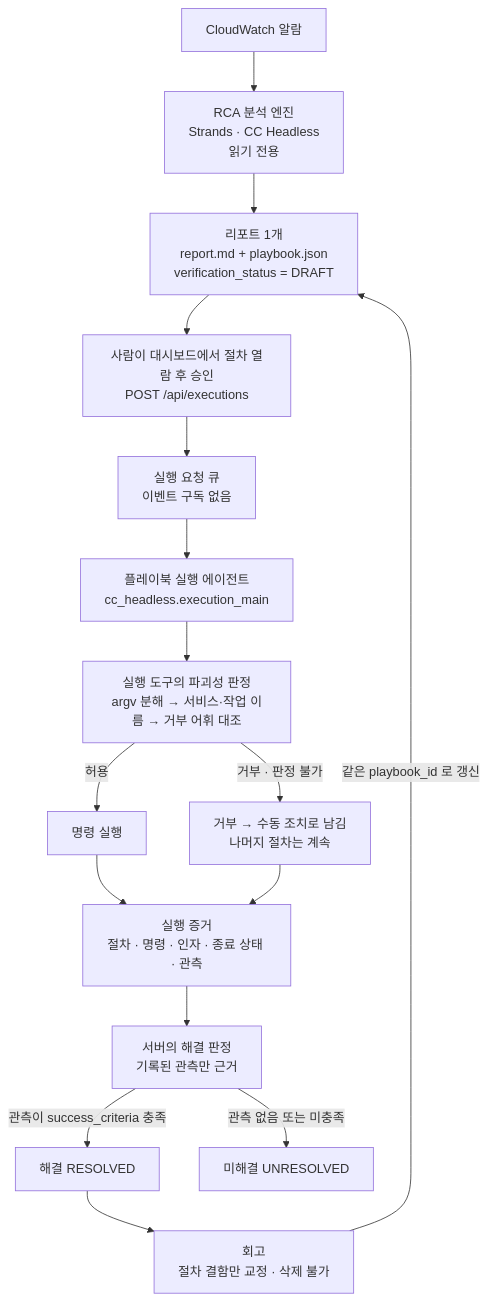
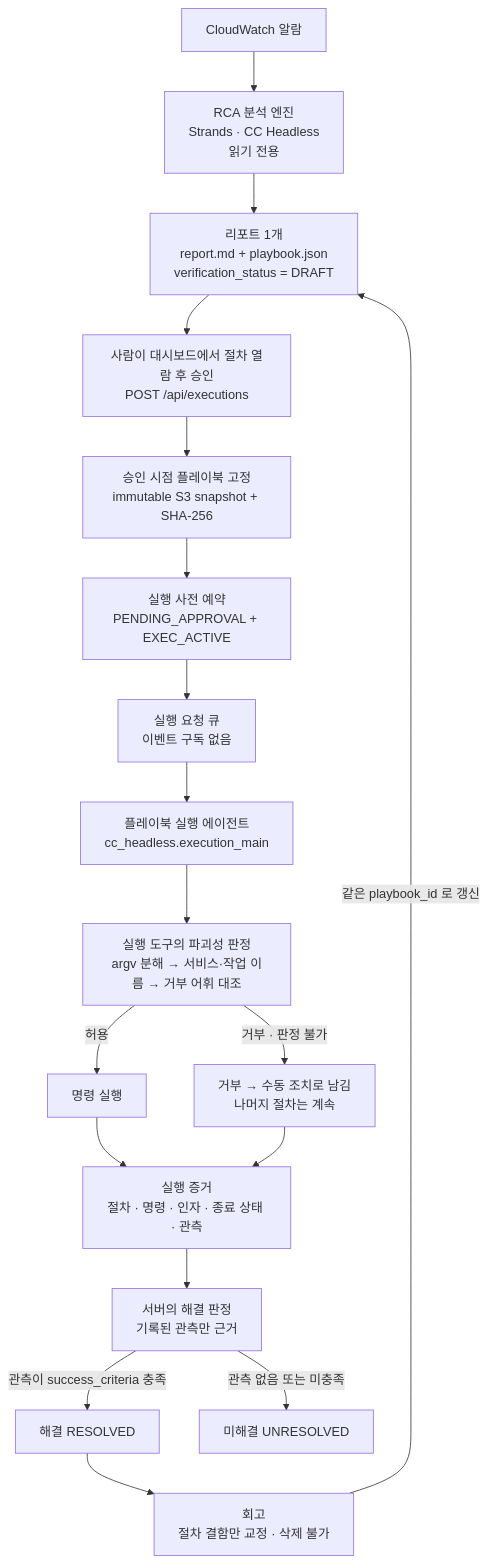
The first of 4 diagrams in docs/rca-to-remediation-flow.md (haandol/rca-agent), drawn with Mermaid before and after one commit. The commit also changed other lines of this file and 81 other files, not shown here.

````diff
--- a/docs/rca-to-remediation-flow.md
+++ b/docs/rca-to-remediation-flow.md
@@ -18,26 +18,28 @@
 ```mermaid
 flowchart TB
     CW["CloudWatch 알람"]
     ENG["RCA 분석 엔진<br/>Strands · CC Headless<br/>읽기 전용"]
     REP["리포트 1개<br/>report.md + playbook.json<br/>verification_status = DRAFT"]
     APV["사람이 대시보드에서 절차 열람 후 승인<br/>POST /api/executions"]
+    SNP["승인 시점 플레이북 고정<br/>immutable S3 snapshot + SHA-256"]
+    RSV["실행 사전 예약<br/>PENDING_APPROVAL + EXEC_ACTIVE"]
     QUE["실행 요청 큐<br/>이벤트 구독 없음"]
     WRK["플레이북 실행 에이전트<br/>cc_headless.execution_main"]
     GATE["실행 도구의 파괴성 판정<br/>argv 분해 → 서비스·작업 이름 → 거부 어휘 대조"]
     RUN["명령 실행"]
     MAN["거부 → 수동 조치로 남김<br/>나머지 절차는 계속"]
     EVD["실행 증거<br/>절차 · 명령 · 인자 · 종료 상태 · 관측"]
     JDG["서버의 해결 판정<br/>기록된 관측만 근거"]
     RES["해결 RESOLVED"]
     UNR["미해결 UNRESOLVED"]
     RETRO["회고<br/>절차 결함만 교정 · 삭제 불가"]
 
-    CW --> ENG --> REP --> APV --> QUE --> WRK --> GATE
+    CW --> ENG --> REP --> APV --> SNP --> RSV --> QUE --> WRK --> GATE
     GATE -->|"허용"| RUN --> EVD
     GATE -->|"거부 · 판정 불가"| MAN --> EVD
     EVD --> JDG
     JDG -->|"관측이 success_criteria 충족"| RES
     JDG -->|"관측 없음 또는 미충족"| UNR
     RES --> RETRO
     RETRO -->|"같은 playbook_id 로 갱신"| REP
 ```
````
